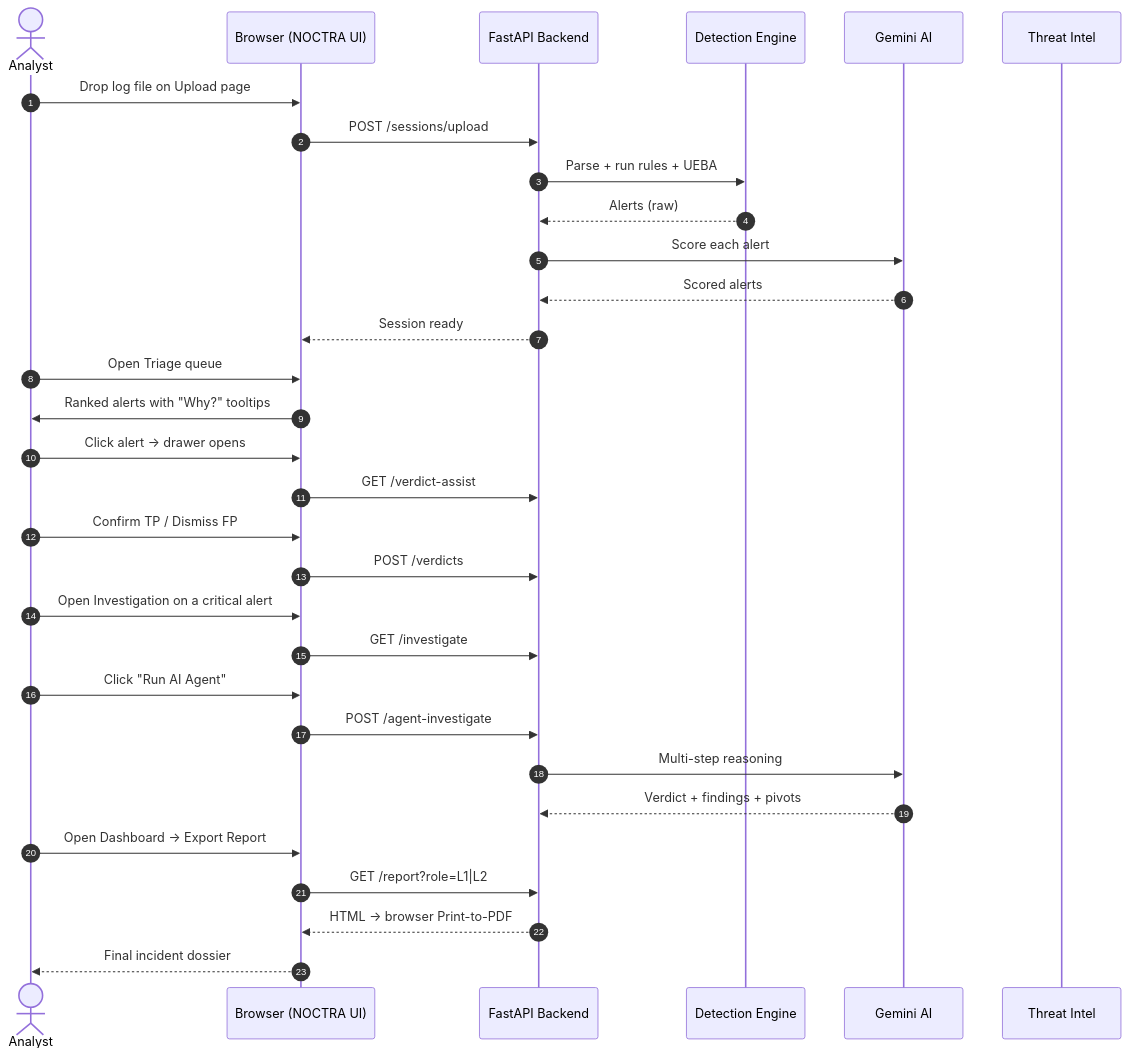
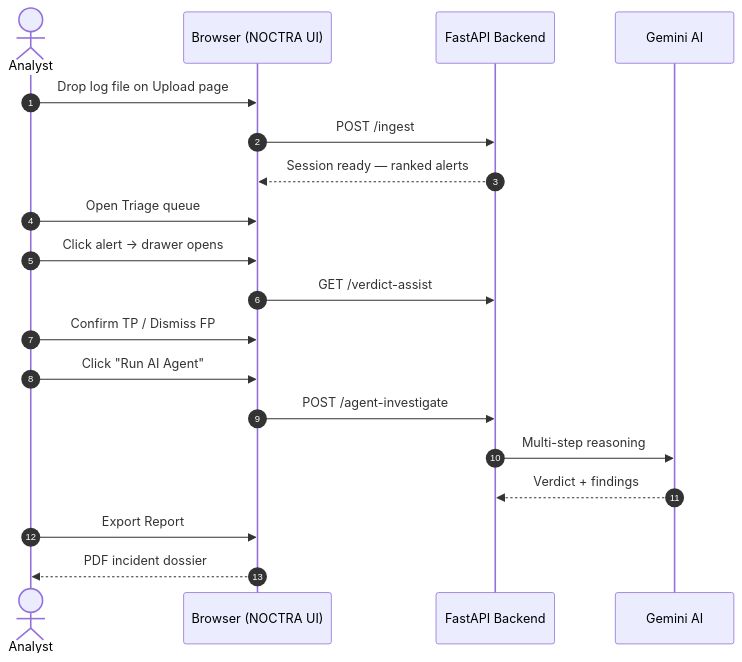
The second of 3 diagrams in README.md (12vethamithran/NOCTRA-AI-Autonomous-SOC-Platform), drawn with Mermaid before and after one commit. The commit also changed other lines of this file, not shown here.

````diff
--- a/README.md
+++ b/README.md
@@ -209,37 +146,25 @@
 ```mermaid
 sequenceDiagram
     autonumber
     actor A as Analyst
     participant UI as Browser (NOCTRA UI)
     participant API as FastAPI Backend
-    participant ENG as Detection Engine
     participant AI as Gemini AI
-    participant TI as Threat Intel
 
     A->>UI: Drop log file on Upload page
-    UI->>API: POST /sessions/upload
-    API->>ENG: Parse + run rules + UEBA
-    ENG-->>API: Alerts (raw)
-    API->>AI: Score each alert
-    AI-->>API: Scored alerts
-    API-->>UI: Session ready
+    UI->>API: POST /ingest
+    API-->>UI: Session ready — ranked alerts
 
     A->>UI: Open Triage queue
-    UI->>A: Ranked alerts with "Why?" tooltips
     A->>UI: Click alert → drawer opens
     UI->>API: GET /verdict-assist
     A->>UI: Confirm TP / Dismiss FP
-    UI->>API: POST /verdicts
 
-    A->>UI: Open Investigation on a critical alert
-    UI->>API: GET /investigate
     A->>UI: Click "Run AI Agent"
     UI->>API: POST /agent-investigate
     API->>AI: Multi-step reasoning
-    AI-->>API: Verdict + findings + pivots
+    AI-->>API: Verdict + findings
 
-    A->>UI: Open Dashboard → Export Report
-    UI->>API: GET /report?role=L1|L2
-    API-->>UI: HTML → browser Print-to-PDF
-    UI-->>A: Final incident dossier
+    A->>UI: Export Report
+    UI-->>A: PDF incident dossier
 ```
````
